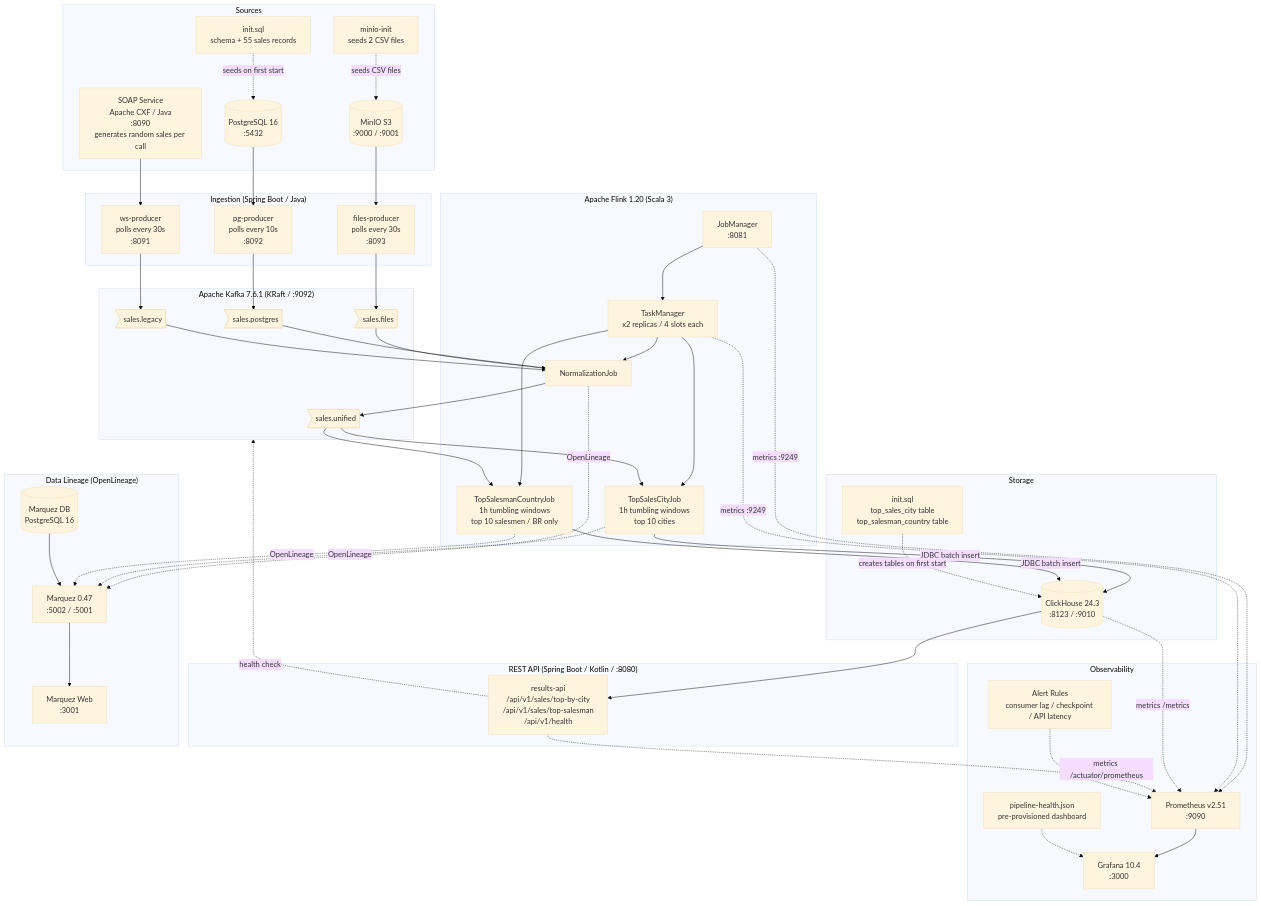
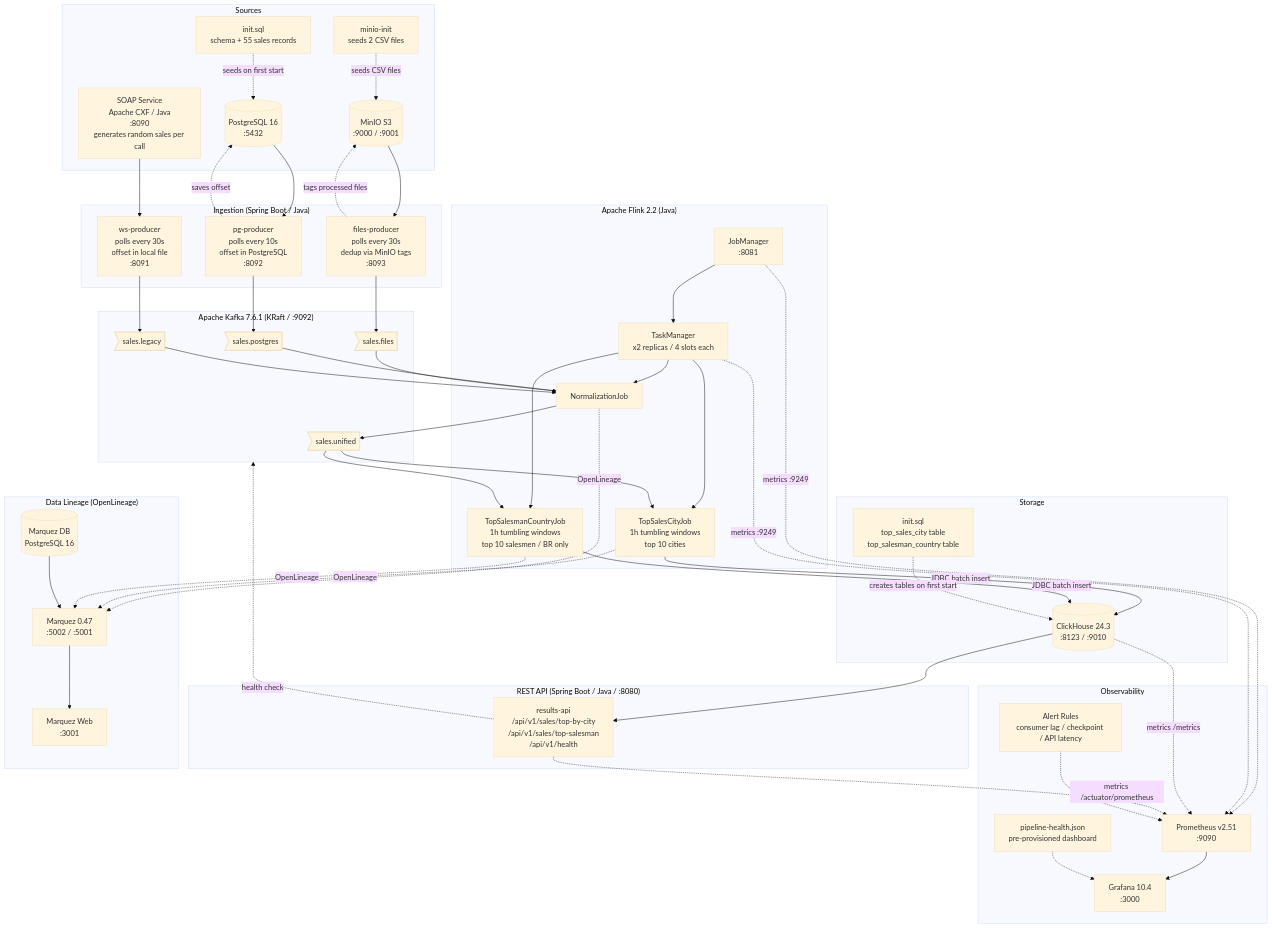
The diagram in ARCHITECTURE.md (machado-vitor/data-kata), drawn with Mermaid (base theme) before and after one commit.

Commit message:
updates diagram

```diff
--- a/ARCHITECTURE.md
+++ b/ARCHITECTURE.md
@@ -11,9 +11,9 @@
     end
 
     subgraph Ingestion ["Ingestion (Spring Boot / Java)"]
-        PGP[pg-producer<br/>polls every 10s<br/>:8092]
-        FP[files-producer<br/>polls every 30s<br/>:8093]
-        WSP[ws-producer<br/>polls every 30s<br/>:8091]
+        PGP[pg-producer<br/>polls every 10s<br/>offset in PostgreSQL<br/>:8092]
+        FP[files-producer<br/>polls every 30s<br/>dedup via MinIO tags<br/>:8093]
+        WSP[ws-producer<br/>polls every 30s<br/>offset in local file<br/>:8091]
     end
 
     subgraph Kafka ["Apache Kafka 7.6.1 (KRaft / :9092)"]
@@ -23,7 +23,7 @@
         KT4>sales.unified]
     end
 
-    subgraph Flink ["Apache Flink 1.20 (Scala 3)"]
+    subgraph Flink ["Apache Flink 2.2 (Java)"]
         JM[JobManager<br/>:8081]
         TM[TaskManager<br/>x2 replicas / 4 slots each]
         NJ[NormalizationJob]
@@ -40,7 +40,7 @@
         CH_INIT[init.sql<br/>top_sales_city table<br/>top_salesman_country table]
     end
 
-    subgraph API ["REST API (Spring Boot / Kotlin / :8080)"]
+    subgraph API ["REST API (Spring Boot / Java / :8080)"]
         REST[results-api<br/>/api/v1/sales/top-by-city<br/>/api/v1/sales/top-salesman<br/>/api/v1/health]
     end
 
@@ -61,9 +61,11 @@
     PG_INIT -.->|seeds on first start| PG
     MINIO_INIT -.->|seeds CSV files| MINIO
 
-    %% Source to Ingestion
+    %% Source to Ingestion (with offset persistence)
     PG --> PGP
+    PGP -.->|saves offset| PG
     MINIO --> FP
+    FP -.->|tags processed files| MINIO
     SOAP --> WSP
 
     %% Ingestion to Kafka
```
